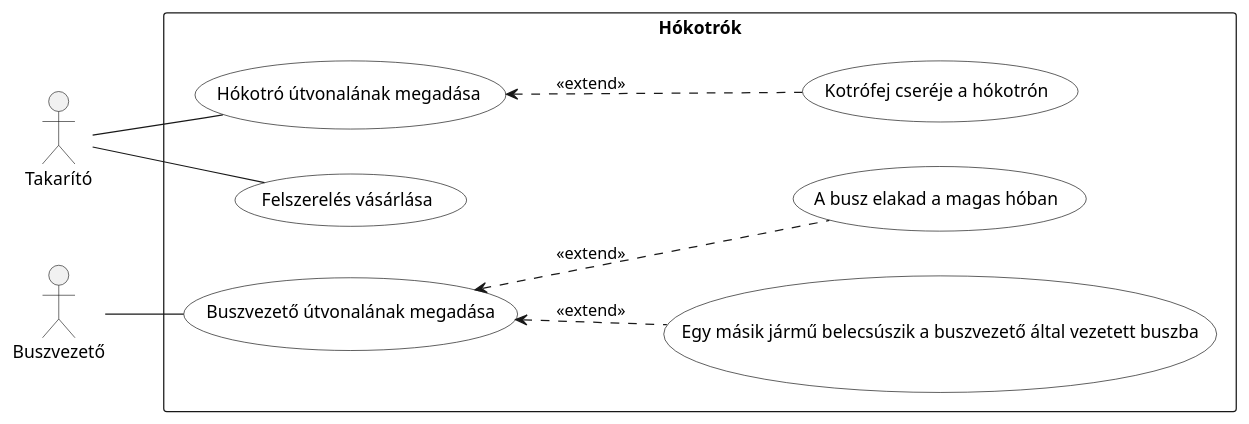
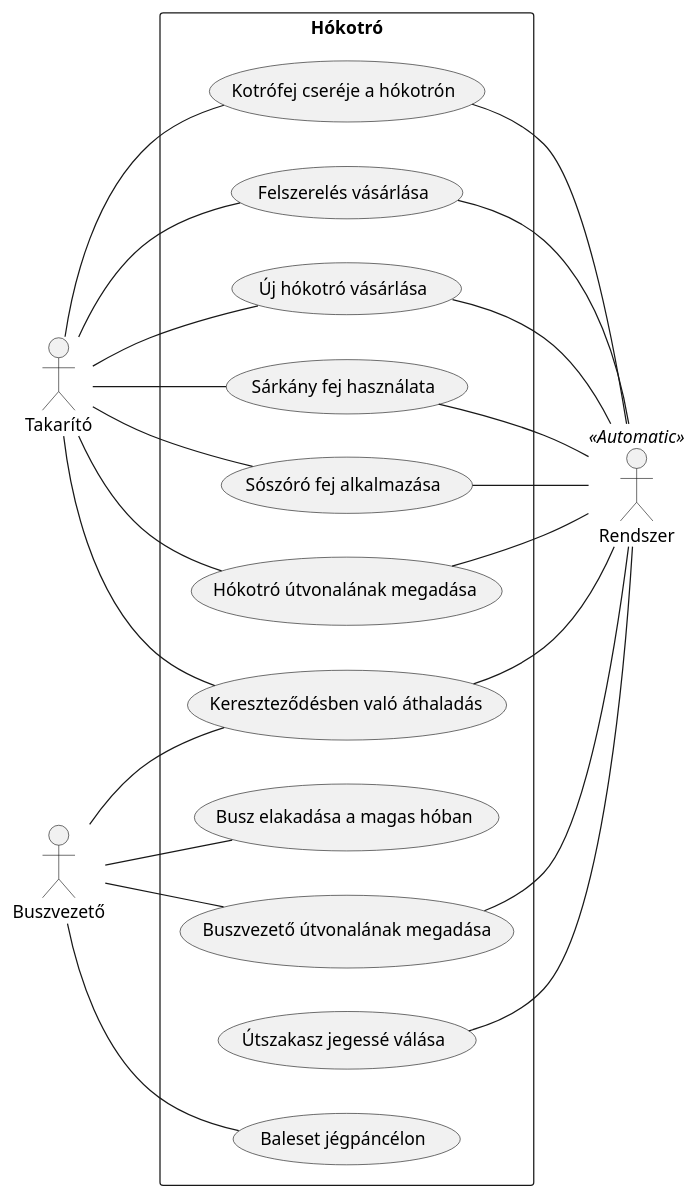
The diagram in SnowPlower/docs/UseCase/hokotrok.puml (BotIzer/Projlab), drawn with PlantUML before and after one commit. The commit also changed 3 other files, not shown here.

Commit message:
RE: Use Case diagram

```diff
--- a/SnowPlower/docs/UseCase/hokotrok.puml
+++ b/SnowPlower/docs/UseCase/hokotrok.puml
@@ -1,34 +1,48 @@
 @startuml name hokotrok
 left to right direction
 skinparam packageStyle rectangle
-skinparam shadowing false
-skinparam usecase {
-    BackgroundColor White
-    BorderColor Black
-    RectangleDisplay true
+
+actor "Takarító" as Cleaner
+actor "Buszvezető" as BusDriver
+actor "Rendszer" as System << Automatic >>
+
+rectangle "Hókotró" {
+    (Hókotró útvonalának megadása) as UC1
+    (Kotrófej cseréje a hókotrón) as UC2
+    (Felszerelés vásárlása) as UC3
+    (Új hókotró vásárlása) as UC7
+    (Sárkány fej használata) as UC9
+    (Sószóró fej alkalmazása) as UC11
+    (Buszvezető útvonalának megadása) as UC4
+    (Baleset jégpáncélon) as UC5
+    (Busz elakadása a magas hóban) as UC6
+    (Útszakasz jegessé válása) as UC8
+    (Kereszteződésben való áthaladás) as UC10
 }
 
-actor "Takarító" as T
-actor "Buszvezető" as B
+' Takarító kapcsolatok
+Cleaner -- UC1 
+Cleaner -- UC2 
+Cleaner -- UC3 
+Cleaner -- UC7 
+Cleaner -- UC9 
+Cleaner -- UC11 
+Cleaner -- UC10 
 
-rectangle "Hókotrók" {
-  usecase UC1 as "Hókotró útvonalának megadása"
-  usecase UC2 as "Kotrófej cseréje a hókotrón"
-  usecase UC3 as "Felszerelés vásárlása"
-  usecase UC4 as "Buszvezető útvonalának megadása"
-  usecase UC5 as "Egy másik jármű belecsúszik a buszvezető által vezetett buszba"
-  usecase UC6 as "A busz elakad a magas hóban"
+' Buszvezető kapcsolatok
+BusDriver -- UC4 
+BusDriver -- UC5 
+BusDriver -- UC6 
+BusDriver -- UC10 
 
-  ' Sima vonalak az aktorok és a fő Use Case-ek között
-  T -- UC1
-  T -- UC3
-  
-  ' A kotrófejet a kezdetihez képest expliciten akkor cseréljük ha a munka közben váratlan eset adódik (Extend)
-  UC1 <.. UC2 : <<extend>>
-
-  B -- UC4
-' Szintén váratlan esetek a busszal kapcsolatban ha elakad vagy becsúszik egy másik jármű (Extend)
-  UC4 <.. UC5 : <<extend>>
-  UC4 <.. UC6 : <<extend>>
-}
+' Rendszer kapcsolatok (másodlagos aktor)
+UC1 -- System 
+UC2 -- System 
+UC3 -- System 
+UC4 -- System 
+UC7 -- System 
+UC8 -- System 
+UC9 -- System 
+UC10 -- System 
+UC11 -- System
 @enduml
```
